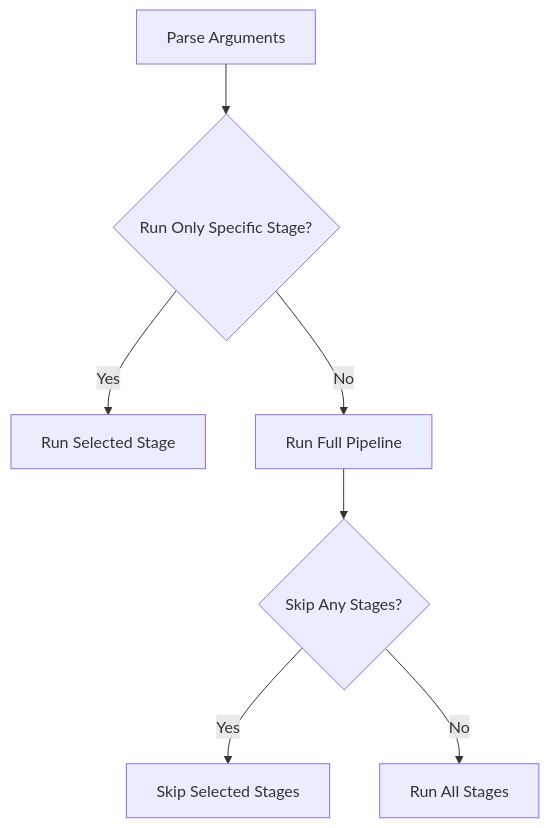
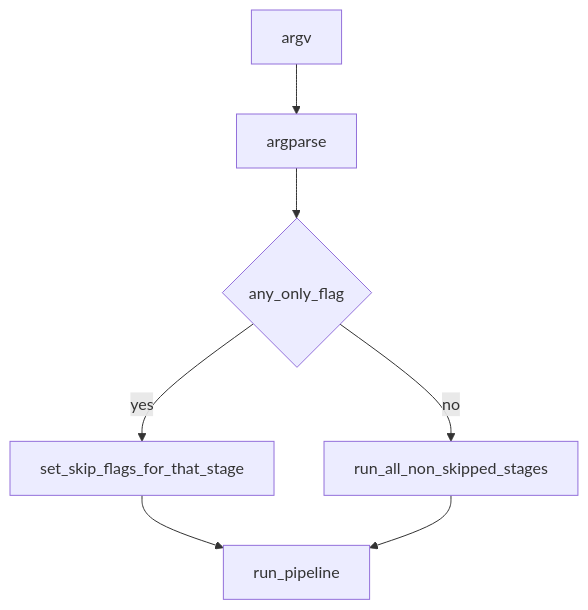
Before and after one commit to docxology/links: the fourth of 4 diagrams in diagram.md, drawn with Mermaid. The commit also changed other lines of this file and 148 other files, not shown here.

````diff
--- a/diagram.md
+++ b/diagram.md
@@ -103,10 +56,9 @@
 ```mermaid
-graph TD
-    A[Parse Arguments] --> B{Run Only Specific Stage?}
-    B -->|Yes| C[Run Selected Stage]
-    B -->|No| D[Run Full Pipeline]
-    
-    D --> E{Skip Any Stages?}
-    E -->|Yes| F[Skip Selected Stages]
-    E -->|No| G[Run All Stages]
+flowchart TD
+  argv[argv] --> parse[argparse]
+  parse --> only{any_only_flag}
+  only -->|yes| setSkips[set_skip_flags_for_that_stage]
+  only -->|no| runAll[run_all_non_skipped_stages]
+  setSkips --> runPipeline[run_pipeline]
+  runAll --> runPipeline
 ```
````
